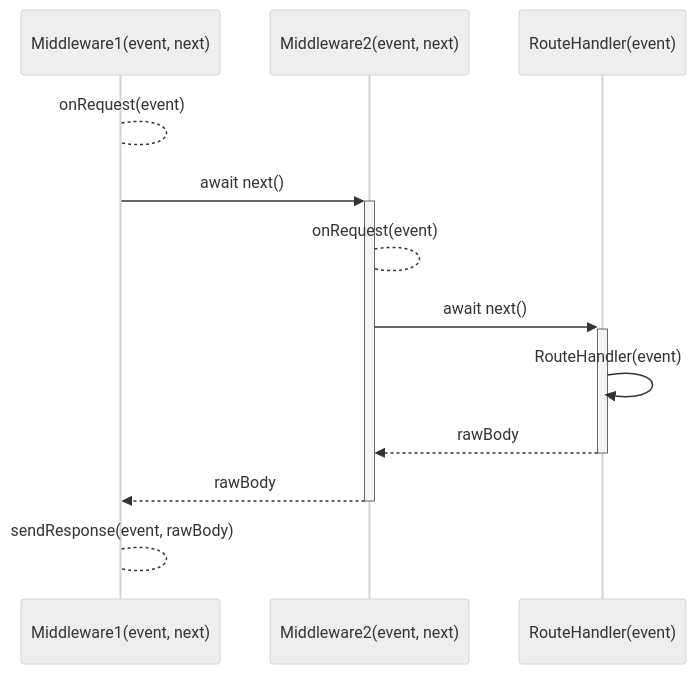
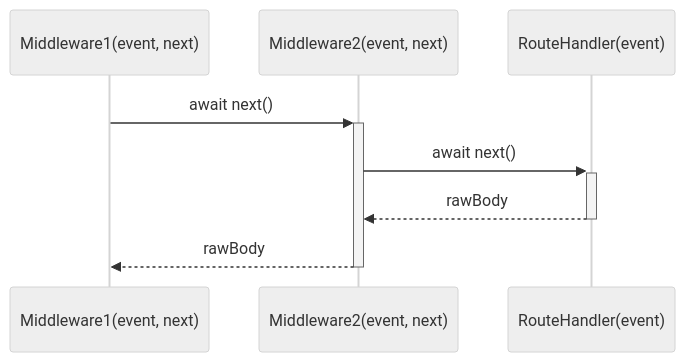
The third of 4 diagrams in docs/1.guide/1.basics/1.lifecycle.md (h3js/h3), drawn with Mermaid before and after one commit.

Commit message:
simplify more

````diff
--- a/docs/1.guide/1.basics/1.lifecycle.md
+++ b/docs/1.guide/1.basics/1.lifecycle.md
@@ -44,17 +44,13 @@
 ```mermaid
 %%{init: {'theme':'neutral'}}%%
 sequenceDiagram
     participant MiddlewareA as Middleware1(event, next)
     participant MiddlewareB as Middleware2(event, next)
     participant Route as RouteHandler(event)
 
-    MiddlewareA-->MiddlewareA: onRequest(event)
     MiddlewareA->>+MiddlewareB: await next()
-    MiddlewareB-->MiddlewareB: onRequest(event)
     MiddlewareB->>+Route: await next()
-    Route->>Route: RouteHandler(event)
     Route-->>-MiddlewareB: rawBody
     MiddlewareB-->>-MiddlewareA: rawBody
-    MiddlewareA-->MiddlewareA: sendResponse(event, rawBody)
 
 ```
````
